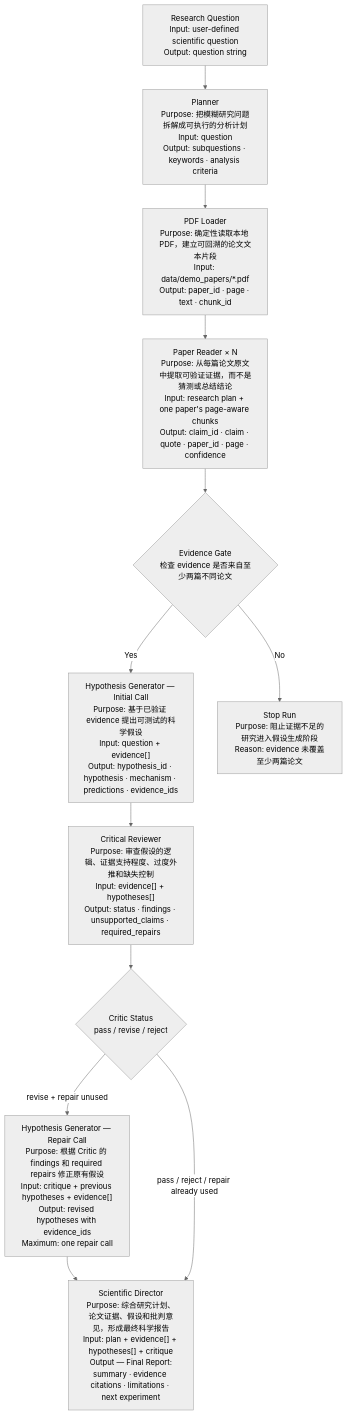
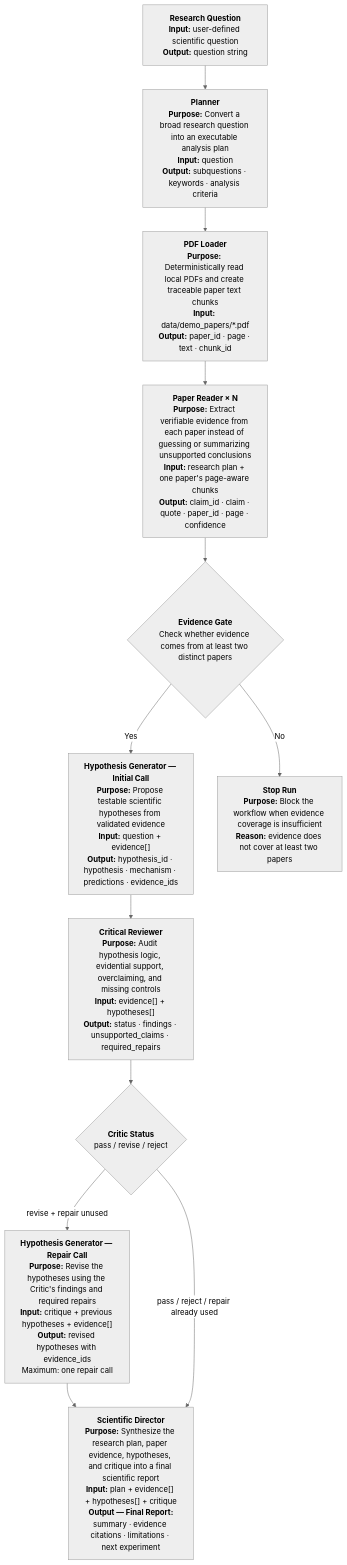
Before and after one commit to ciweakandweekend-boop/AI-for-Research: the diagram in README.md, drawn with Mermaid (neutral theme).

Commit message:
Enhance README with bold formatting for key terms

````diff
--- a/README.md
+++ b/README.md
@@ -7,40 +7,40 @@
 ```mermaid
 flowchart TD
-    Q["Research Question<br/>Input: user-defined scientific question<br/>Output: question string"]
+    Q["<b>Research Question</b><br/><b>Input:</b> user-defined scientific question<br/><b>Output:</b> question string"]
 
-    P["Planner<br/>Purpose: 把模糊研究问题拆解成可执行的分析计划<br/>Input: question<br/>Output: subquestions · keywords · analysis criteria"]
+    P["<b>Planner</b><br/><b>Purpose:</b> Convert a broad research question into an executable analysis plan<br/><b>Input:</b> question<br/><b>Output:</b> subquestions · keywords · analysis criteria"]
 
-    L["PDF Loader<br/>Purpose: 确定性读取本地 PDF，建立可回溯的论文文本片段<br/>Input: data/demo_papers/*.pdf<br/>Output: paper_id · page · text · chunk_id"]
+    L["<b>PDF Loader</b><br/><b>Purpose:</b> Deterministically read local PDFs and create traceable paper text chunks<br/><b>Input:</b> data/demo_papers/*.pdf<br/><b>Output:</b> paper_id · page · text · chunk_id"]
 
-    R["Paper Reader × N<br/>Purpose: 从每篇论文原文中提取可验证证据，而不是猜测或总结结论<br/>Input: research plan + one paper's page-aware chunks<br/>Output: claim_id · claim · quote · paper_id · page · confidence"]
+    R["<b>Paper Reader × N</b><br/><b>Purpose:</b> Extract verifiable evidence from each paper instead of guessing or summarizing unsupported conclusions<br/><b>Input:</b> research plan + one paper's page-aware chunks<br/><b>Output:</b> claim_id · claim · quote · paper_id · page · confidence"]
 
-    G{"Evidence Gate<br/>检查 evidence 是否来自至少两篇不同论文"}
+    G{"<b>Evidence Gate</b><br/>Check whether evidence comes from at least two distinct papers"}
 
-    H["Hypothesis Generator — Initial Call<br/>Purpose: 基于已验证 evidence 提出可测试的科学假设<br/>Input: question + evidence[]<br/>Output: hypothesis_id · hypothesis · mechanism · predictions · evidence_ids"]
+    H["<b>Hypothesis Generator — Initial Call</b><br/><b>Purpose:</b> Propose testable scientific hypotheses from validated evidence<br/><b>Input:</b> question + evidence[]<br/><b>Output:</b> hypothesis_id · hypothesis · mechanism · predictions · evidence_ids"]
 
-    C["Critical Reviewer<br/>Purpose: 审查假设的逻辑、证据支持程度、过度外推和缺失控制<br/>Input: evidence[] + hypotheses[]<br/>Output: status · findings · unsupported_claims · required_repairs"]
+    C["<b>Critical Reviewer</b><br/><b>Purpose:</b> Audit hypothesis logic, evidential support, overclaiming, and missing controls<br/><b>Input:</b> evidence[] + hypotheses[]<br/><b>Output:</b> status · findings · unsupported_claims · required_repairs"]
 
-    J{"Critic Status<br/>pass / revise / reject"}
+    J{"<b>Critic Status</b><br/>pass / revise / reject"}
 
-    HR["Hypothesis Generator — Repair Call<br/>Purpose: 根据 Critic 的 findings 和 required repairs 修正原有假设<br/>Input: critique + previous hypotheses + evidence[]<br/>Output: revised hypotheses with evidence_ids<br/>Maximum: one repair call"]
+    HR["<b>Hypothesis Generator — Repair Call</b><br/><b>Purpose:</b> Revise the hypotheses using the Critic's findings and required repairs<br/><b>Input:</b> critique + previous hypotheses + evidence[]<br/><b>Output:</b> revised hypotheses with evidence_ids<br/>Maximum: one repair call"]
 
-    D["Scientific Director<br/>Purpose: 综合研究计划、论文证据、假设和批判意见，形成最终科学报告<br/>Input: plan + evidence[] + hypotheses[] + critique<br/>Output — Final Report:<br/>summary · evidence citations · limitations · next experiment"]
+    D["<b>Scientific Director</b><br/><b>Purpose:</b> Synthesize the research plan, paper evidence, hypotheses, and critique into a final scientific report<br/><b>Input:</b> plan + evidence[] + hypotheses[] + critique<br/><b>Output — Final Report:</b><br/>summary · evidence citations · limitations · next experiment"]
 
-    STOP["Stop Run<br/>Purpose: 阻止证据不足的研究进入假设生成阶段<br/>Reason: evidence 未覆盖至少两篇论文"]
+    STOP["<b>Stop Run</b><br/><b>Purpose:</b> Block the workflow when evidence coverage is insufficient<br/><b>Reason:</b> evidence does not cover at least two papers"]
 
     Q --> P
     P --> L
     L --> R
     R --> G
 
     G -->|No| STOP
     G -->|Yes| H
 
     H --> C
     C --> J
 
     J -->|"revise + repair unused"| HR
     HR --> D
 
     J -->|"pass / reject / repair already used"| D
 ```
````
